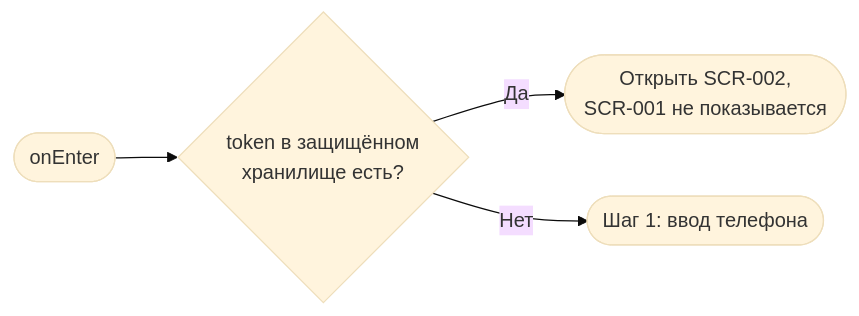
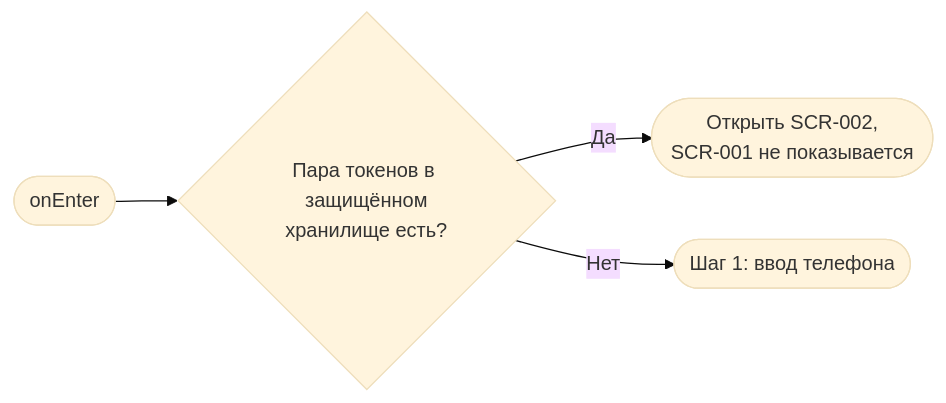
One commit to Dariadds/summer_school changed the first of 2 diagrams in 01-analysis/5-mobile-app-spec/SCR-001-registration.md. Above: the diagram before and after it, drawn with Mermaid (base theme). The commit also changed other lines of this file and 30 other files, not shown here.

````diff
--- a/01-analysis/5-mobile-app-spec/SCR-001-registration.md
+++ b/01-analysis/5-mobile-app-spec/SCR-001-registration.md
@@ -112,6 +113,6 @@
 ```mermaid
 flowchart LR
-    Start([onEnter]) --> CheckSession{token в защищённом<br/>хранилище есть?}
+    Start([onEnter]) --> CheckSession{Пара токенов в защищённом<br/>хранилище есть?}
     CheckSession -->|Да| SkipToSlots([Открыть SCR-002,<br/>SCR-001 не показывается])
     CheckSession -->|Нет| Ready([Шаг 1: ввод телефона])
 ```
````
